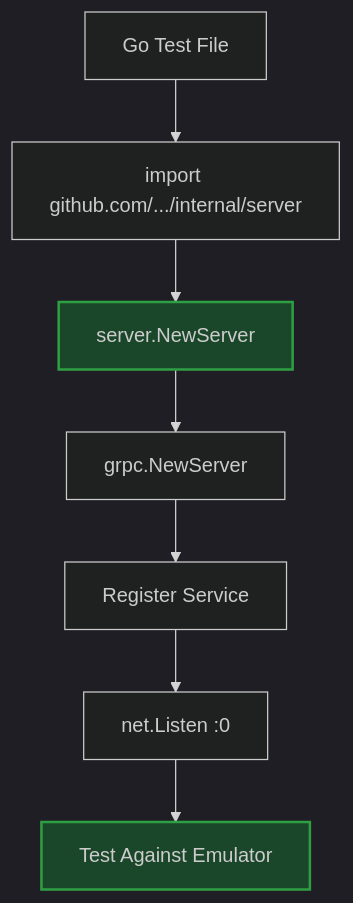
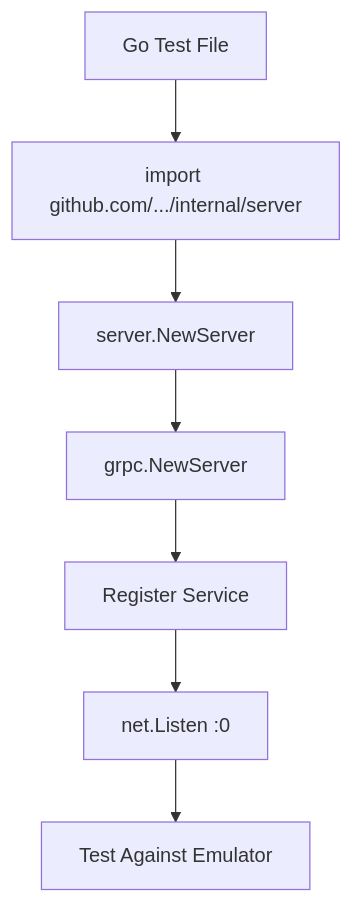
One commit to blackwell-systems/gcp-secret-manager-emulator changed diagram 11 of 12 in ARCHITECTURE.md. Above: the diagram before and after it, drawn with Mermaid. The commit also changed other lines of this file, not shown here.

First line of the commit message:
Fix Mermaid diagram syntax for GitHub rendering

````diff
--- a/ARCHITECTURE.md
+++ b/ARCHITECTURE.md
@@ -389,13 +382,13 @@
 ```mermaid
-%%{init: {'theme':'dark'}}%%
+
 graph TB
     A[Go Test File] --> B[import github.com/.../internal/server]
     B --> C[server.NewServer]
     C --> D[grpc.NewServer]
     D --> E[Register Service]
     E --> F[net.Listen :0]
     F --> G[Test Against Emulator]
 
-    style C fill:#1a472a,stroke:#2ea043,stroke-width:2px
-    style G fill:#1a472a,stroke:#2ea043,stroke-width:2px
+
+
 ```
````
